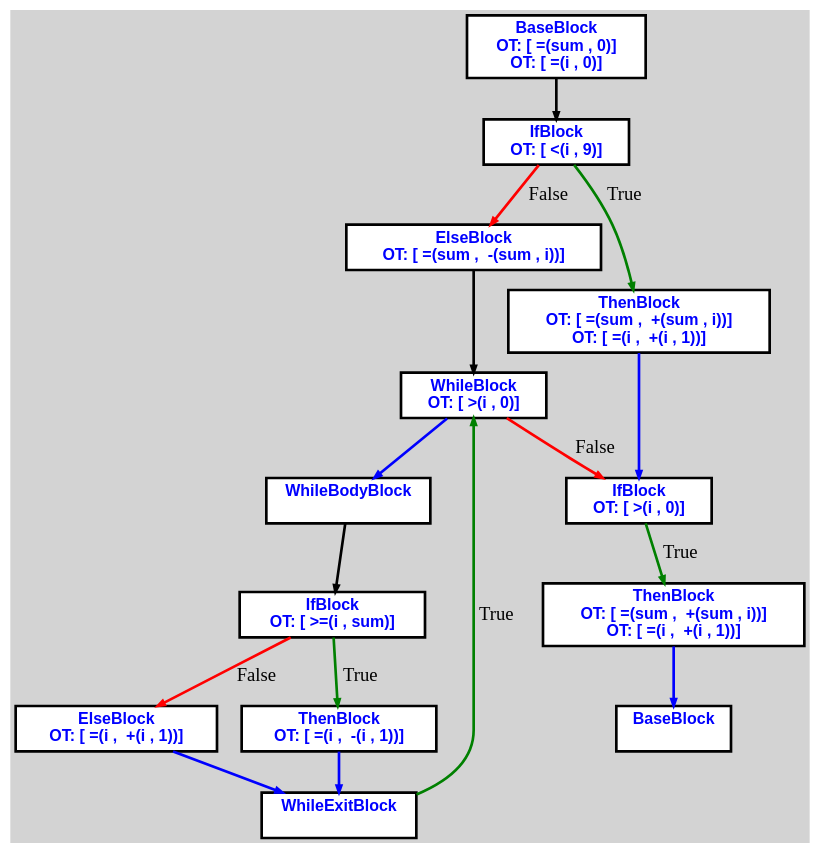
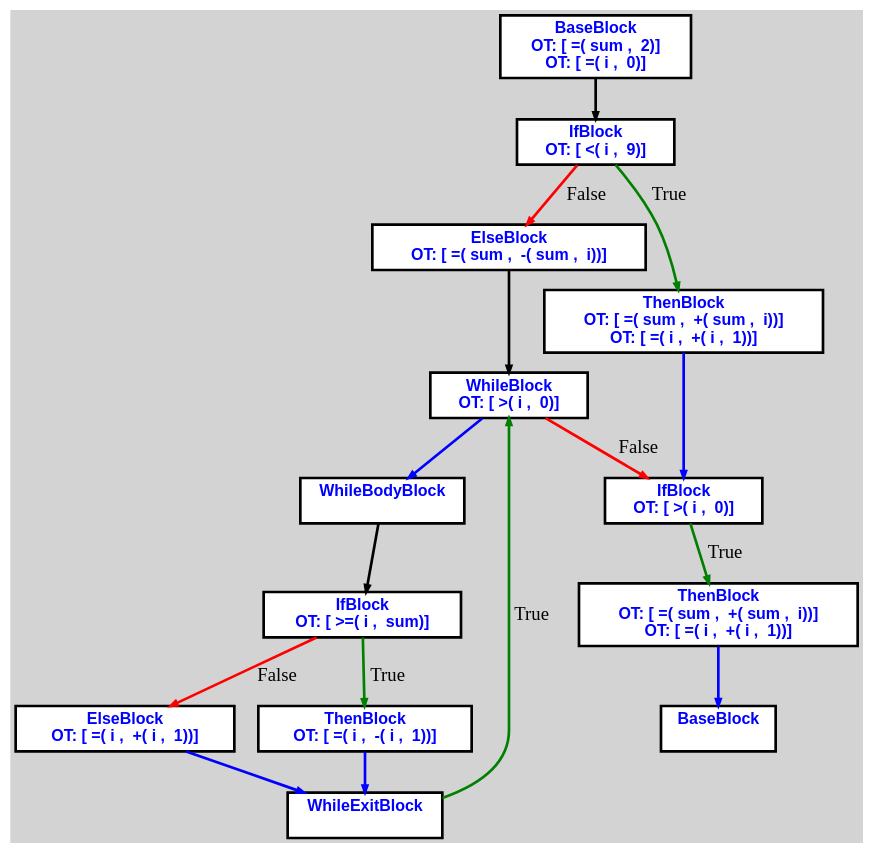
Before and after one commit to aveen007/CountingMonkeys: the diagram in cpoCompilerWin/cfgi0.dot, drawn with Graphviz. The commit also changed 14 other files, not shown here.

```diff
--- a/cpoCompilerWin/cfgi0.dot
+++ b/cpoCompilerWin/cfgi0.dot
@@ -1,48 +1,48 @@
 digraph G {
 ordering=out;
 ranksep=.4;
 bgcolor="lightgrey";  node [shape=box, fixedsize=false, fontsize=12, fontname="Helvetica-bold", fontcolor="blue"
 width=.25, height=.25, color="black", fillcolor="white", style="filled, solid, bold"];
 
-edge [arrowsize=.5, color="black", style="bold"]    n000001F50CCC1070 [label="BaseBlock\n OT: [ =(sum , 0)]
-OT: [ =(i , 0)]
+edge [arrowsize=.5, color="black", style="bold"]    n0000129252522790 [label="BaseBlock\n OT: [ =( sum ,  2)]
+OT: [ =( i ,  0)]
 "]
-    n000001F50CCC1070 -> n000001F50CCC0A50
-    n000001F50CCC0A50 [label="IfBlock\n OT: [ <(i , 9)]
+    n0000129252522790 -> n0000129252522850
+    n0000129252522850 [label="IfBlock\n OT: [ <( i ,  9)]
 "]
-    n000001F50CCC0A50 -> n000001F50CCC0CF0 [label="False" color="red"]
-    n000001F50CCC0CF0 [label="ElseBlock\n OT: [ =(sum ,  -(sum , i))]
+    n0000129252522850 -> n00001292525228D0 [label="False" color="red"]
+    n00001292525228D0 [label="ElseBlock\n OT: [ =( sum ,  -( sum ,  i))]
 "]
-    n000001F50CCC0CF0 -> n000001F50CCC0C10
-    n000001F50CCC0C10 [label="WhileBlock\n OT: [ >(i , 0)]
+    n00001292525228D0 -> n0000129252522910
+    n0000129252522910 [label="WhileBlock\n OT: [ >( i ,  0)]
 "]
-    n000001F50CCC0C10 -> n000001F50CCC1150 [ color="blue"]
-    n000001F50CCC1150 [label="WhileBodyBlock\n "]
-    n000001F50CCC1150 -> n000001F50CCC1540
-    n000001F50CCC1540 [label="IfBlock\n OT: [ >=(i , sum)]
+    n0000129252522910 -> n0000129252522950 [ color="blue"]
+    n0000129252522950 [label="WhileBodyBlock\n "]
+    n0000129252522950 -> n0000129252522990
+    n0000129252522990 [label="IfBlock\n OT: [ >=( i ,  sum)]
 "]
-    n000001F50CCC1540 -> n000001F50CCC1310 [label="False" color="red"]
-    n000001F50CCC1310 [label="ElseBlock\n OT: [ =(i ,  +(i , 1))]
+    n0000129252522990 -> n0000129252522A10 [label="False" color="red"]
+    n0000129252522A10 [label="ElseBlock\n OT: [ =( i ,  +( i ,  1))]
 "]
-    n000001F50CCC1310 -> n000001F50CCC15B0 [ color="blue"]
-    n000001F50CCC1540 -> n000001F50CCC12A0 [label="True" color="green"]
-    n000001F50CCC12A0 [label="ThenBlock\n OT: [ =(i ,  -(i , 1))]
+    n0000129252522A10 -> n0000129252522A50 [ color="blue"]
+    n0000129252522990 -> n00001292525229D0 [label="True" color="green"]
+    n00001292525229D0 [label="ThenBlock\n OT: [ =( i ,  -( i ,  1))]
 "]
-    n000001F50CCC12A0 -> n000001F50CCC15B0 [ color="blue"]
-    n000001F50CCC15B0 [label="WhileExitBlock\n "]
-    n000001F50CCC15B0 -> n000001F50CCC0C10 [label="True" color="green"]
-    n000001F50CCC0C10 -> n000001F50CCC1000 [label="False" color="red"]
-    n000001F50CCC0A50 -> n000001F50CCC0BA0 [label="True" color="green"]
-    n000001F50CCC0BA0 [label="ThenBlock\n OT: [ =(sum ,  +(sum , i))]
-OT: [ =(i ,  +(i , 1))]
+    n00001292525229D0 -> n0000129252522A50 [ color="blue"]
+    n0000129252522A50 [label="WhileExitBlock\n "]
+    n0000129252522A50 -> n0000129252522910 [label="True" color="green"]
+    n0000129252522910 -> n0000129252522A90 [label="False" color="red"]
+    n0000129252522850 -> n0000129252522890 [label="True" color="green"]
+    n0000129252522890 [label="ThenBlock\n OT: [ =( sum ,  +( sum ,  i))]
+OT: [ =( i ,  +( i ,  1))]
 "]
-    n000001F50CCC0BA0 -> n000001F50CCC1000 [ color="blue"]
-    n000001F50CCC1000 [label="IfBlock\n OT: [ >(i , 0)]
+    n0000129252522890 -> n0000129252522A90 [ color="blue"]
+    n0000129252522A90 [label="IfBlock\n OT: [ >( i ,  0)]
 "]
-    n000001F50CCC1000 -> n000001F50CCC0C80 [label="True" color="green"]
-    n000001F50CCC0C80 [label="ThenBlock\n OT: [ =(sum ,  +(sum , i))]
-OT: [ =(i ,  +(i , 1))]
+    n0000129252522A90 -> n0000129252522AD0 [label="True" color="green"]
+    n0000129252522AD0 [label="ThenBlock\n OT: [ =( sum ,  +( sum ,  i))]
+OT: [ =( i ,  +( i ,  1))]
 "]
-    n000001F50CCC0C80 -> n000001F50CCC09E0 [ color="blue"]
-    n000001F50CCC09E0 [label="BaseBlock\n "]
+    n0000129252522AD0 -> n0000129252522B10 [ color="blue"]
+    n0000129252522B10 [label="BaseBlock\n "]
 }
```
